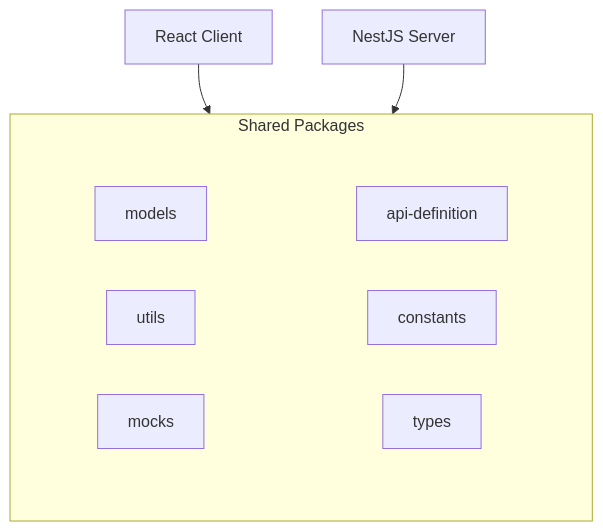
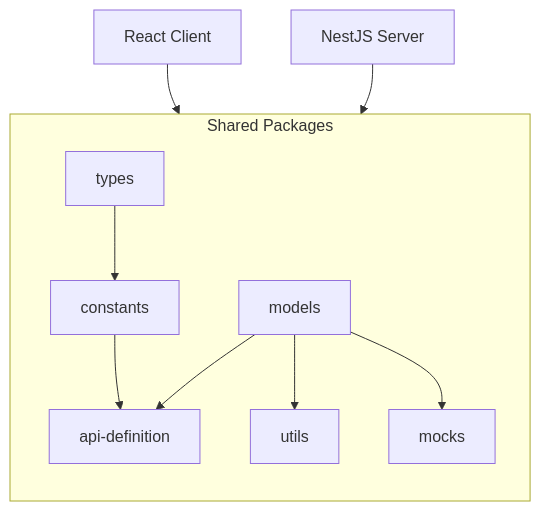
The diagram in docs/docs/nestflux/architecture/index.md (TheMineWay/balancia), drawn with Mermaid before and after one commit. The commit also changed other lines of this file, not shown here.

Commit message:
feat: architecture

````diff
--- a/docs/docs/nestflux/architecture/index.md
+++ b/docs/docs/nestflux/architecture/index.md
@@ -9,25 +9,26 @@
 ```mermaid
 graph TB
     Client[React Client]
     Server[NestJS Server]
     
     subgraph Shared["Shared Packages"]
         direction TB
-        subgraph row1[" "]
-            API[api-definition]
-            Constants[constants]
-            Types[types]
-        end
-        subgraph row2[" "]
-            Models[models]
-            Utils[utils]
-            Mocks[mocks]
-        end
+
+        API[api-definition]
+        Constants[constants]
+        Types[types]
+        Models[models]
+        Utils[utils]
+        Mocks[mocks]
+
+        Models --> API
+        Models --> Utils
+        Models --> Mocks
+
+        Types --> Constants
+        Constants --> API
     end
     
     Client --> Shared
     Server --> Shared
-    
-    style row1 fill:transparent,stroke:none
-    style row2 fill:transparent,stroke:none
 ```
````
